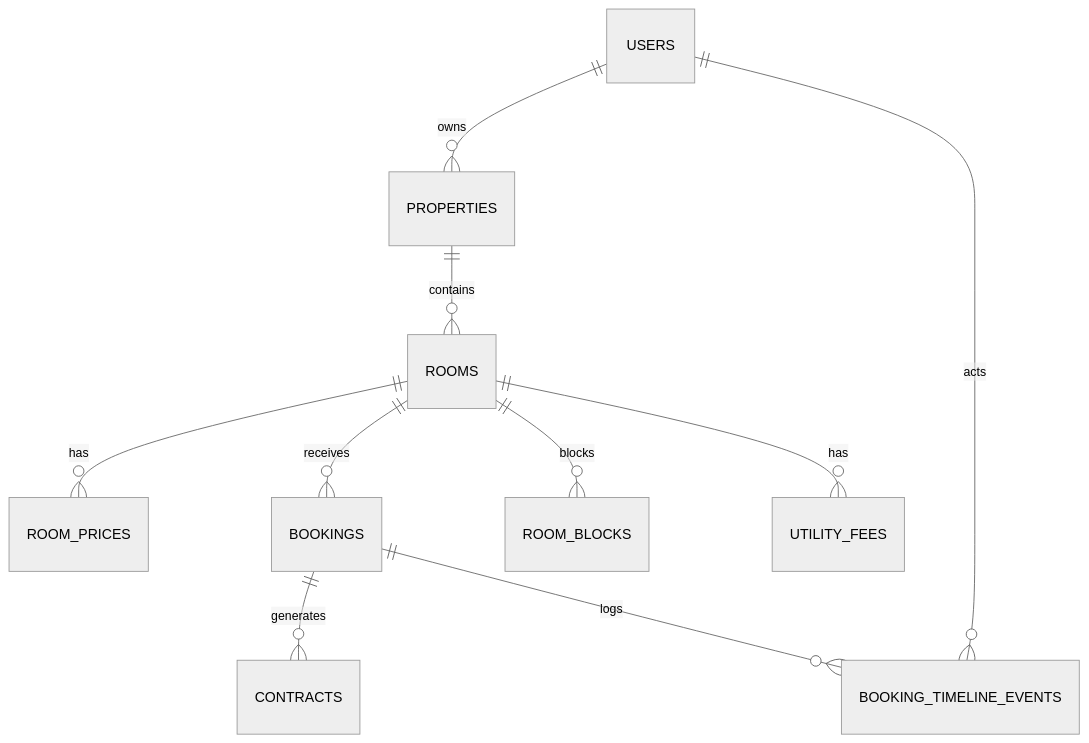
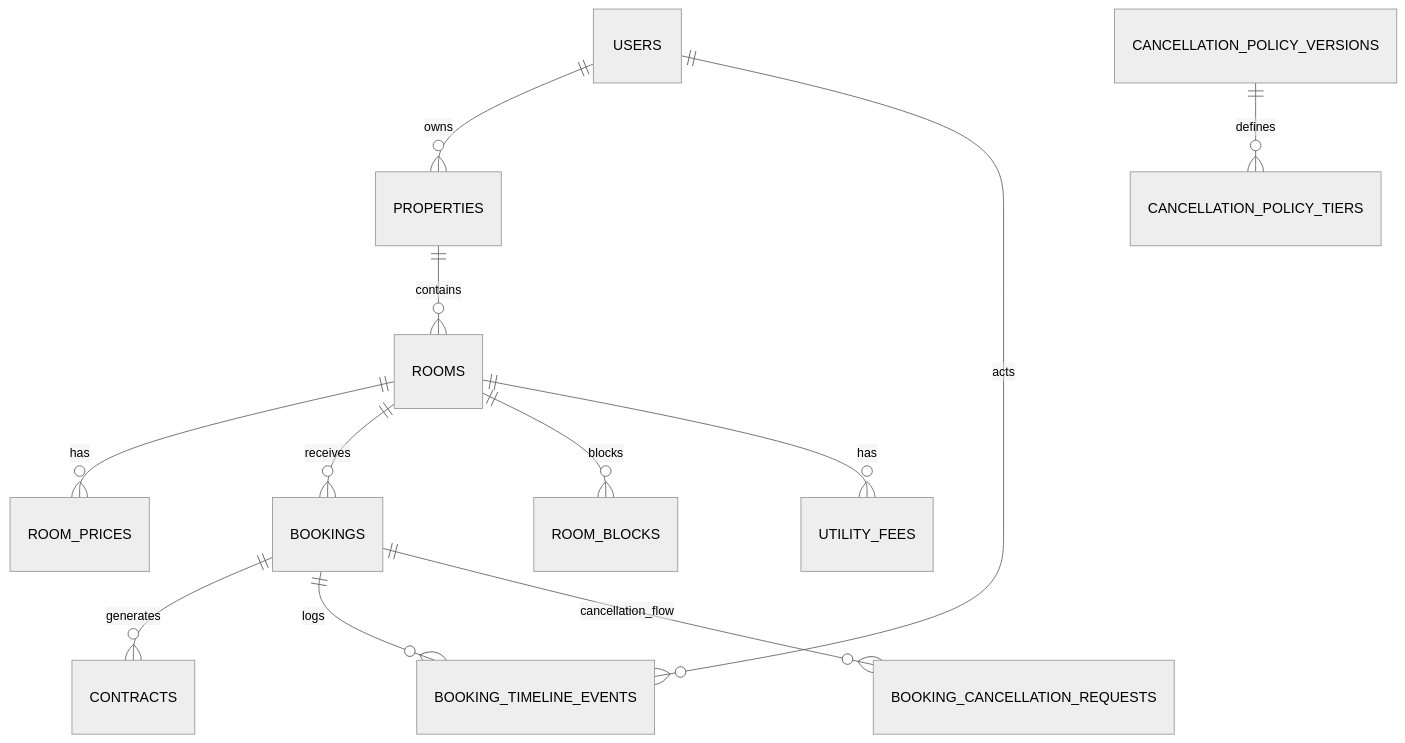
One commit to mngoc28/bks-system-be changed the diagram in docs/databases_docs/db_overview_etc_core_schema.md. Above: the diagram before and after it, drawn with Mermaid (neutral theme). The commit also changed other lines of this file and 95 other files, not shown here.

````diff
--- a/docs/databases_docs/db_overview_etc_core_schema.md
+++ b/docs/databases_docs/db_overview_etc_core_schema.md
@@ -202,12 +268,14 @@
 ```mermaid
 erDiagram
   USERS ||--o{ PROPERTIES : owns
   PROPERTIES ||--o{ ROOMS : contains
   ROOMS ||--o{ ROOM_PRICES : has
   ROOMS ||--o{ BOOKINGS : receives
   ROOMS ||--o{ ROOM_BLOCKS : blocks
   ROOMS ||--o{ UTILITY_FEES : has
   BOOKINGS ||--o{ CONTRACTS : generates
   BOOKINGS ||--o{ BOOKING_TIMELINE_EVENTS : logs
   USERS ||--o{ BOOKING_TIMELINE_EVENTS : acts
+  BOOKINGS ||--o{ BOOKING_CANCELLATION_REQUESTS : cancellation_flow
+  CANCELLATION_POLICY_VERSIONS ||--o{ CANCELLATION_POLICY_TIERS : defines
 ```
````
